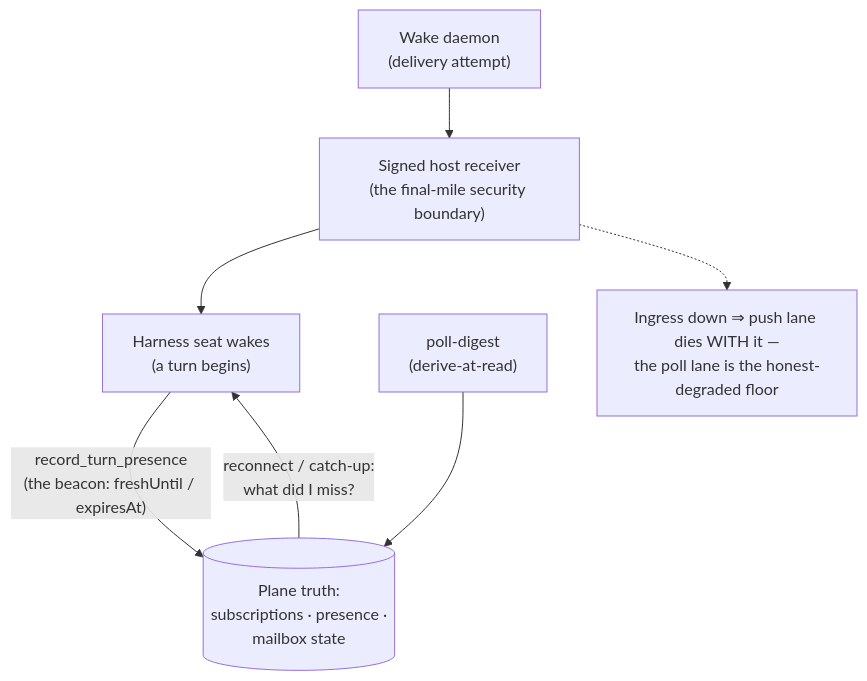
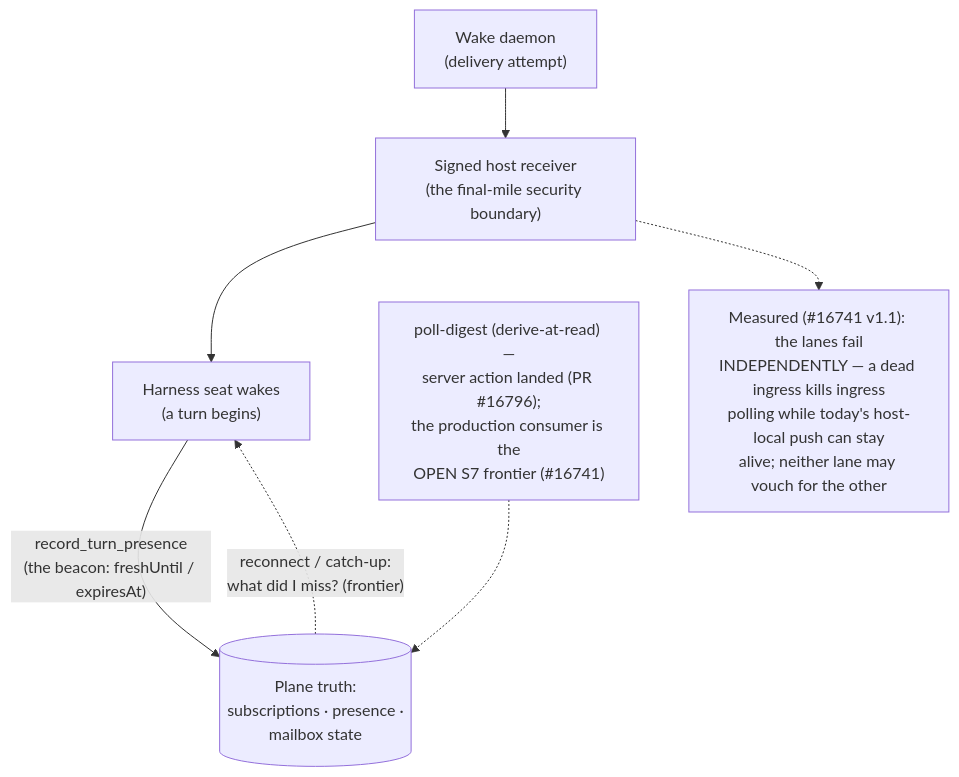
One commit to neomjs/neo changed the fifth of 6 diagrams in learn/agentos/FleetManagerArchitecture.md. Above: the diagram before and after it, drawn with Mermaid. The commit also changed other lines of this file, not shown here.

Commit message:
docs(learn): FM guide cycle-2 — six-class D1, grant families, frontier truth, identity citations (#16798)

````diff
--- a/learn/agentos/FleetManagerArchitecture.md
+++ b/learn/agentos/FleetManagerArchitecture.md
@@ -140,17 +151,17 @@
 ```mermaid
 flowchart TD
     Daemon["Wake daemon<br/>(delivery attempt)"]
     Hook["Signed host receiver<br/>(the final-mile security boundary)"]
     Seat["Harness seat wakes<br/>(a turn begins)"]
 
-    Poll["poll-digest<br/>(derive-at-read)"]
+    Poll["poll-digest (derive-at-read) —<br/>server action landed (PR #16796);<br/>the production consumer is the<br/>OPEN S7 frontier (#16741)"]
     TruthStore[("Plane truth:<br/>subscriptions · presence ·<br/>mailbox state")]
 
     Daemon --> Hook --> Seat
     Seat -- "record_turn_presence<br/>(the beacon: freshUntil / expiresAt)" --> TruthStore
-    Poll --> TruthStore
-    TruthStore -- "reconnect / catch-up:<br/>what did I miss?" --> Seat
+    Poll -.-> TruthStore
+    TruthStore -. "reconnect / catch-up:<br/>what did I miss? (frontier)" .-> Seat
 
-    Honest["Ingress down ⇒ push lane dies WITH it —<br/>the poll lane is the honest-degraded floor"]
+    Honest["Measured (#16741 v1.1): the lanes fail<br/>INDEPENDENTLY — a dead ingress kills ingress<br/>polling while today's host-local push can stay<br/>alive; neither lane may vouch for the other"]
     Hook -.-> Honest
 ```
````
